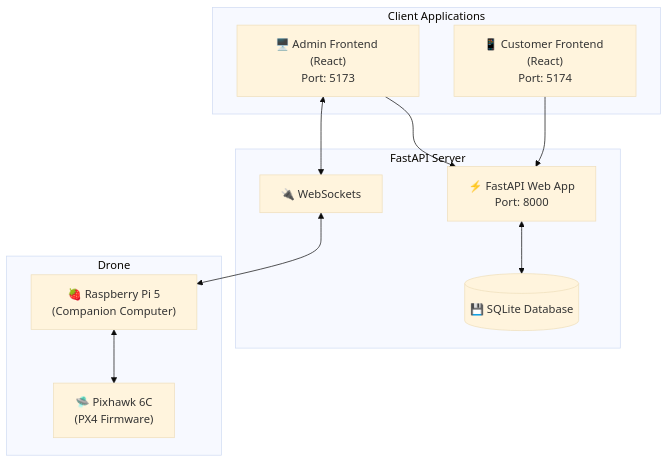
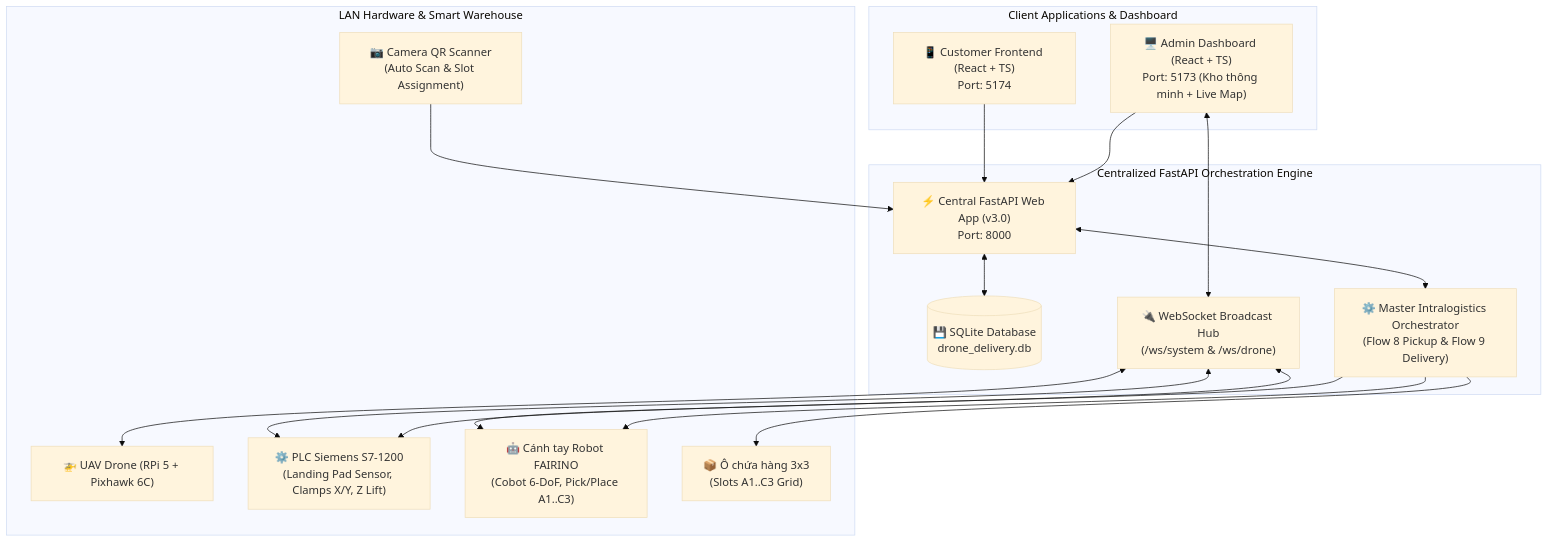
One commit to padungaz/drone-delivery-system changed the diagram in README.md. Above: the diagram before and after it, drawn with Mermaid (base theme). The commit also changed other lines of this file and 37 other files, not shown here.

Commit message:
feat(intralogistics): implement Smart Intralogistics v3.0 with PLC S7-1200, FAIRINO Robot Arm, 3x3 storage grid and docs update

````diff
--- a/README.md
+++ b/README.md
@@ -9,25 +9,35 @@
 ```mermaid
 graph TD
-    subgraph ClientLayer [Client Applications]
-        AdminApp["🖥️ Admin Frontend (React)<br/>Port: 5173"]
-        CustApp["📱 Customer Frontend (React)<br/>Port: 5174"]
+    subgraph ClientLayer [Client Applications & Dashboard]
+        AdminApp["🖥️ Admin Dashboard (React + TS)<br/>Port: 5173 (Kho thông minh + Live Map)"]
+        CustApp["📱 Customer Frontend (React + TS)<br/>Port: 5174"]
     end
 
-    subgraph ServerLayer [FastAPI Server]
-        API["⚡ FastAPI Web App<br/>Port: 8000"]
-        DB[(💾 SQLite Database)]
-        ConnMgr["🔌 WebSockets"]
+    subgraph ServerLayer [Centralized FastAPI Orchestration Engine]
+        API["⚡ Central FastAPI Web App (v3.0)<br/>Port: 8000"]
+        DB[(💾 SQLite Database<br/>drone_delivery.db)]
+        WSMgr["🔌 WebSocket Broadcast Hub<br/>(/ws/system & /ws/drone)"]
+        FSM["⚙️ Master Intralogistics Orchestrator<br/>(Flow 8 Pickup & Flow 9 Delivery)"]
     end
 
-    subgraph HardwareLayer [Drone]
-        RPi["🍓 Raspberry Pi 5<br/>(Companion Computer)"]
-        Pixhawk["🛸 Pixhawk 6C<br/>(PX4 Firmware)"]
+    subgraph HardwareLayer [LAN Hardware & Smart Warehouse]
+        UAV["🚁 UAV Drone (RPi 5 + Pixhawk 6C)"]
+        PLC["⚙️ PLC Siemens S7-1200<br/>(Landing Pad Sensor, Clamps X/Y, Z Lift)"]
+        ROBOT["🤖 Cánh tay Robot FAIRINO<br/>(Cobot 6-DoF, Pick/Place A1..C3)"]
+        CAM["📷 Camera QR Scanner<br/>(Auto Scan & Slot Assignment)"]
+        GRID["📦 Ô chứa hàng 3x3<br/>(Slots A1..C3 Grid)"]
     end
 
     CustApp --> API
     AdminApp --> API
-    AdminApp <--> ConnMgr
-    ConnMgr <--> RPi
+    AdminApp <--> WSMgr
+    WSMgr <--> UAV
+    WSMgr <--> PLC
+    WSMgr <--> ROBOT
     API <--> DB
-    RPi <--> Pixhawk
+    API <--> FSM
+    FSM --> PLC
+    FSM --> ROBOT
+    FSM --> GRID
+    CAM --> API
 ```
````
